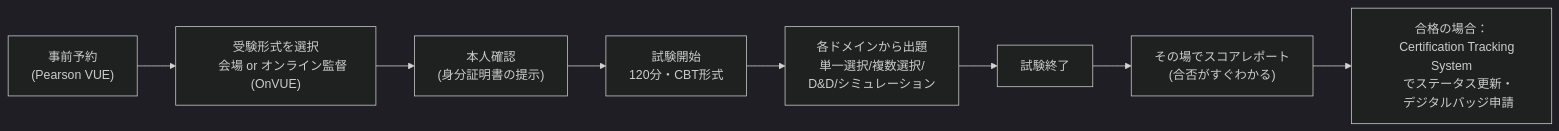
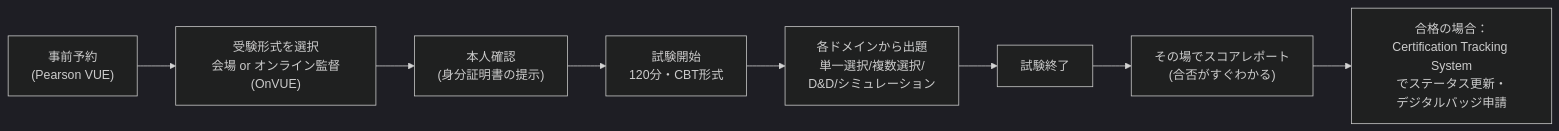
The fifth of 5 diagrams in Ccna-beginner-guide.md (myoshi2891/Cloud-Infrastructure-Studies), drawn with Mermaid (dark theme) before and after one commit. The commit also changed other lines of this file, not shown here.

Commit message:
fix(docs): replace physical line breaks with <br/> in Mermaid node labels in Ccna-beginner-guide.md

````diff
--- a/Ccna-beginner-guide.md
+++ b/Ccna-beginner-guide.md
@@ -289,20 +263,10 @@
 ```mermaid
 flowchart LR
-    A["事前予約
-    (Pearson VUE)"] --> B["受験形式を選択
-    会場 or オンライン監督(OnVUE)"]
-    B --> C["本人確認
-    (身分証明書の提示)"]
-    C --> D["試験開始
-    120分・CBT形式"]
-    D --> E["各ドメインから出題
-    単一選択/複数選択/
-    D&D/シミュレーション"]
+    A["事前予約<br/>(Pearson VUE)"] --> B["受験形式を選択<br/>会場 or オンライン監督(OnVUE)"]
+    B --> C["本人確認<br/>(身分証明書の提示)"]
+    C --> D["試験開始<br/>120分・CBT形式"]
+    D --> E["各ドメインから出題<br/>単一選択/複数選択/<br/>D&D/シミュレーション"]
     E --> F["試験終了"]
-    F --> G["その場でスコアレポート
-    (合否がすぐわかる)"]
-    G --> H["合格の場合：
-    Certification Tracking System
-    でステータス更新・
-    デジタルバッジ申請"]
+    F --> G["その場でスコアレポート<br/>(合否がすぐわかる)"]
+    G --> H["合格の場合：<br/>Certification Tracking System<br/>でステータス更新・<br/>デジタルバッジ申請"]
 ```
````
